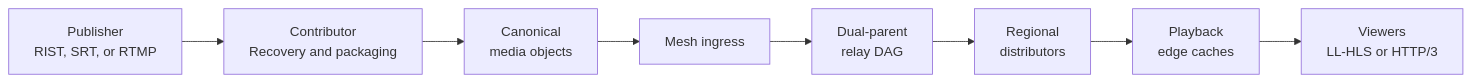
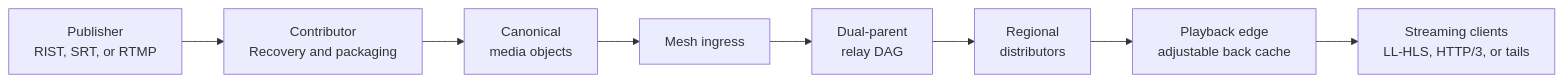
Before and after one commit to wavey-ai/needletail: the first of 7 diagrams in README.md, drawn with Mermaid. The commit also changed other lines of this file, not shown here.

Commit message:
Position Needletail for streaming data

````diff
--- a/README.md
+++ b/README.md
@@ -51,19 +72,19 @@
 ```mermaid
 flowchart LR
     P["Publisher<br/>RIST, SRT, or RTMP"]
     C["Contributor<br/>Recovery and packaging"]
     O["Canonical<br/>media objects"]
     I["Mesh ingress"]
     R["Dual-parent<br/>relay DAG"]
     D["Regional<br/>distributors"]
-    E["Playback<br/>edge caches"]
-    V["Viewers<br/>LL-HLS or HTTP/3"]
+    E["Playback edge<br/>adjustable back cache"]
+    V["Streaming clients<br/>LL-HLS, HTTP/3, or tails"]
 
     P --> C
     C --> O
     O --> I
     I --> R
     R --> D
     D --> E
     E --> V
 ```
````
